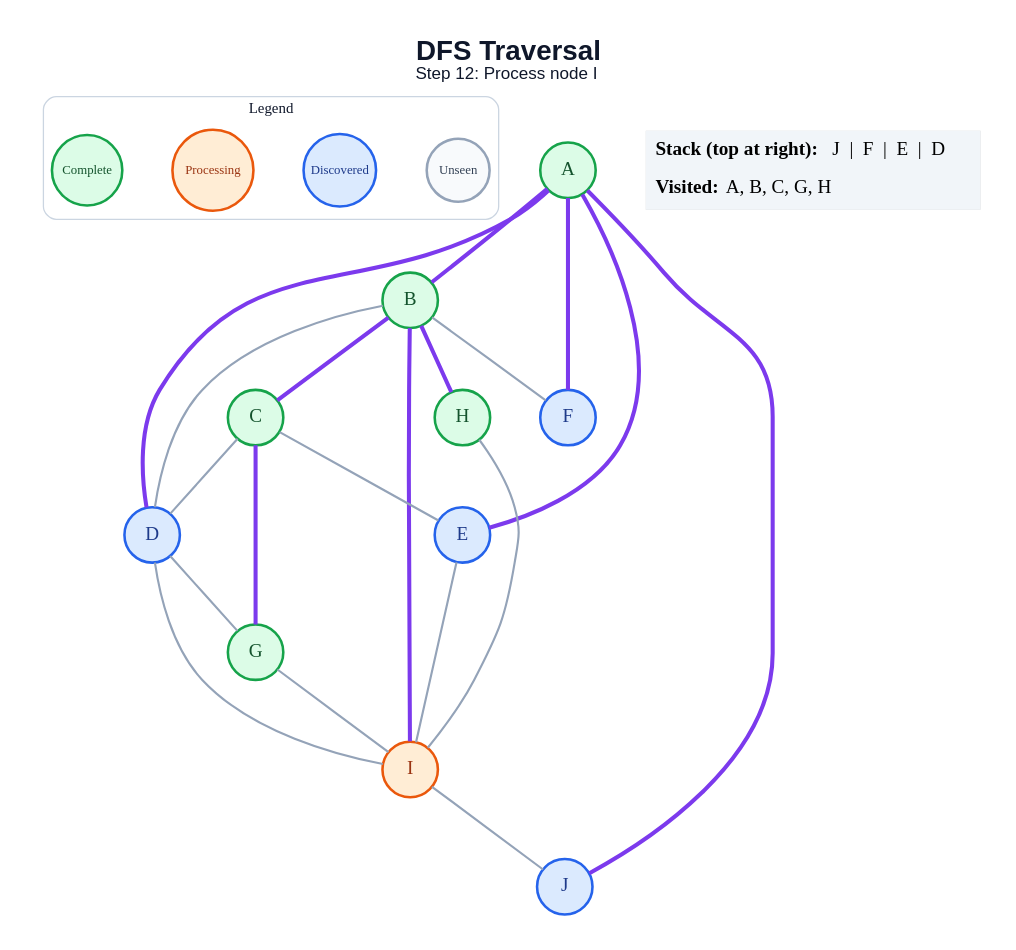
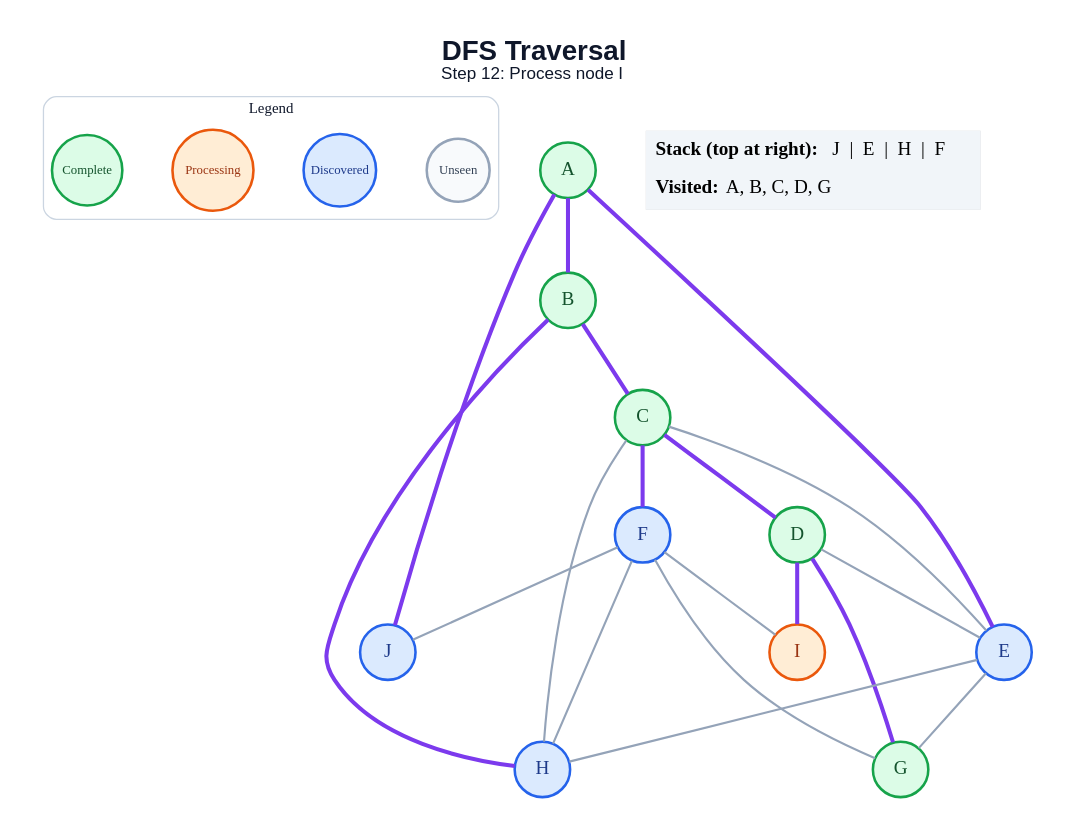
One commit to amanghodawala9/ai-slop changed the diagram in generated/dfs/step_12.dot. Above: the diagram before and after it, drawn with Graphviz. The commit also changed 178 other files, not shown here.

```diff
--- a/generated/dfs/step_12.dot
+++ b/generated/dfs/step_12.dot
@@ -1,48 +1,47 @@
 graph traversal {
   graph [layout=dot, rankdir=TB, bgcolor="#FFFFFF", pad="0.35", nodesep="0.65", ranksep="0.8", fontname="Arial"];
   node [shape=circle, style="filled", fontname="Arial Bold", fontsize=18, width=0.72, fixedsize=true, penwidth=2.4];
   edge [color="#94A3B8", penwidth=2.0];
   label=<<B>DFS Traversal</B><BR/><FONT POINT-SIZE="16">Step 12: Process node I</FONT>>; labelloc="t"; fontsize=26; fontname="Arial"; fontcolor="#0F172A";
   subgraph cluster_legend { label="Legend"; color="#CBD5E1"; penwidth=1.2; style="rounded"; fontsize=14; fontname="Arial Bold";
     key_unseen [label="Unseen", fillcolor="#F8FAFC", color="#94A3B8", fontcolor="#334155", fontsize=12, width=0.82];
     key_frontier [label="Discovered", fillcolor="#DBEAFE", color="#2563EB", fontcolor="#1E3A8A", fontsize=12, width=0.95];
     key_current [label="Processing", fillcolor="#FFEDD5", color="#EA580C", fontcolor="#9A3412", fontsize=12, width=1.05];
     key_done [label="Complete", fillcolor="#DCFCE7", color="#16A34A", fontcolor="#14532D", fontsize=12, width=0.92];
     { rank=same; key_unseen; key_frontier; key_current; key_done; }
   }
   A [fillcolor="#DCFCE7", color="#16A34A", fontcolor="#14532D"];
   B [fillcolor="#DCFCE7", color="#16A34A", fontcolor="#14532D"];
   C [fillcolor="#DCFCE7", color="#16A34A", fontcolor="#14532D"];
-  D [fillcolor="#DBEAFE", color="#2563EB", fontcolor="#1E3A8A"];
+  D [fillcolor="#DCFCE7", color="#16A34A", fontcolor="#14532D"];
   E [fillcolor="#DBEAFE", color="#2563EB", fontcolor="#1E3A8A"];
   F [fillcolor="#DBEAFE", color="#2563EB", fontcolor="#1E3A8A"];
   G [fillcolor="#DCFCE7", color="#16A34A", fontcolor="#14532D"];
-  H [fillcolor="#DCFCE7", color="#16A34A", fontcolor="#14532D"];
+  H [fillcolor="#DBEAFE", color="#2563EB", fontcolor="#1E3A8A"];
   I [fillcolor="#FFEDD5", color="#EA580C", fontcolor="#9A3412"];
   J [fillcolor="#DBEAFE", color="#2563EB", fontcolor="#1E3A8A"];
   A -- B [color="#7C3AED", penwidth=3.8];
-  A -- D [color="#7C3AED", penwidth=3.8];
   A -- E [color="#7C3AED", penwidth=3.8];
-  A -- F [color="#7C3AED", penwidth=3.8];
   A -- J [color="#7C3AED", penwidth=3.8];
   B -- C [color="#7C3AED", penwidth=3.8];
-  B -- D;
-  B -- F;
   B -- H [color="#7C3AED", penwidth=3.8];
-  B -- I [color="#7C3AED", penwidth=3.8];
-  C -- D;
+  C -- D [color="#7C3AED", penwidth=3.8];
   C -- E;
-  C -- G [color="#7C3AED", penwidth=3.8];
-  D -- G;
-  D -- I;
-  E -- I;
-  G -- I;
-  H -- I;
-  I -- J;
+  C -- F [color="#7C3AED", penwidth=3.8];
+  C -- H;
+  D -- E;
+  D -- G [color="#7C3AED", penwidth=3.8];
+  D -- I [color="#7C3AED", penwidth=3.8];
+  E -- G;
+  E -- H;
+  F -- G;
+  F -- H;
+  F -- I;
+  F -- J;
   status [shape=plain, fixedsize=false, width=0, height=0, margin=0, label=<
     <TABLE BORDER="0" CELLBORDER="0" CELLPADDING="7" BGCOLOR="#F1F5F9">
-      <TR><TD ALIGN="LEFT"><B>Stack (top at right):</B> J  |  F  |  E  |  D</TD></TR>
-      <TR><TD ALIGN="LEFT"><B>Visited:</B> A, B, C, G, H</TD></TR>
+      <TR><TD ALIGN="LEFT"><B>Stack (top at right):</B> J  |  E  |  H  |  F</TD></TR>
+      <TR><TD ALIGN="LEFT"><B>Visited:</B> A, B, C, D, G</TD></TR>
     </TABLE>
   >];
 }
```
